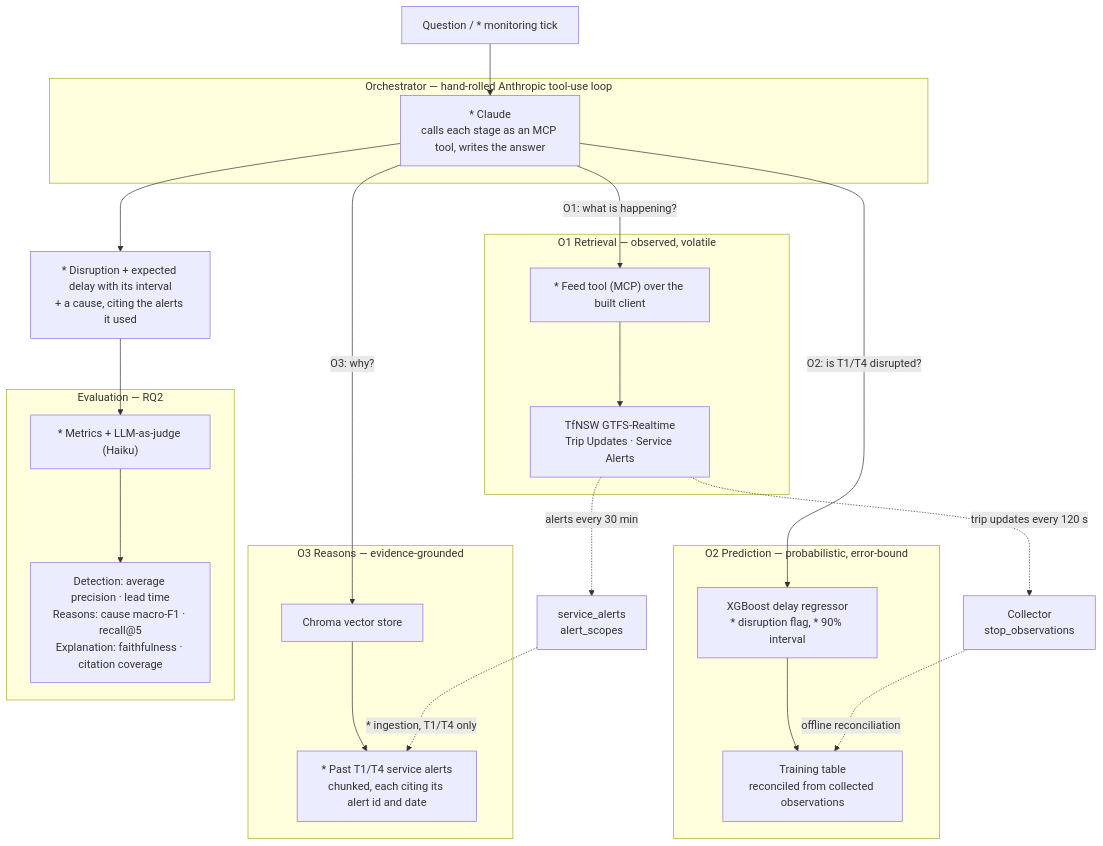
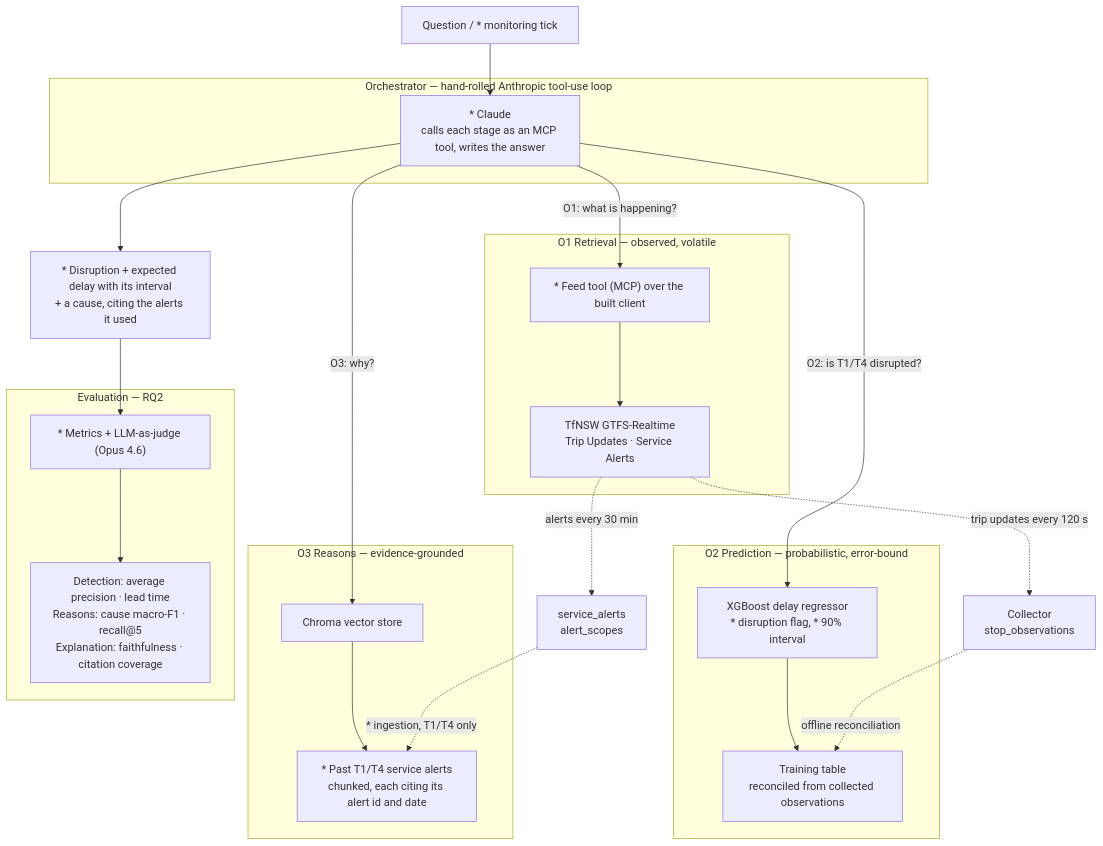
Before and after one commit to ALEXPJ02/faithful-transit-rag: the diagram in docs/01-architecture.md, drawn with Mermaid. The commit also changed 12 other files, not shown here.

````diff
--- a/docs/01-architecture.md
+++ b/docs/01-architecture.md
@@ -16,37 +16,37 @@
 ```mermaid
 flowchart TB
     U["Question / * monitoring tick"] --> AG
 
     subgraph AGENT["Orchestrator — hand-rolled Anthropic tool-use loop"]
         AG["* Claude<br/>calls each stage as an MCP tool, writes the answer"]
     end
 
     AG -->|"O1: what is happening?"| RT
     AG -->|"O2: is T1/T4 disrupted?"| PRED
     AG -->|"O3: why?"| RET
 
     subgraph LIVE["O1 Retrieval — observed, volatile"]
         RT["* Feed tool (MCP) over the built client"] --> TF["TfNSW GTFS-Realtime<br/>Trip Updates · Service Alerts"]
     end
 
     subgraph MODEL["O2 Prediction — probabilistic, error-bound"]
         PRED["XGBoost delay regressor<br/>* disruption flag, * 90% interval"] --> TRAIN["Training table<br/>reconciled from collected observations"]
     end
 
     subgraph STATIC["O3 Reasons — evidence-grounded"]
         RET["Chroma vector store"] --> COR["* Past T1/T4 service alerts<br/>chunked, each citing its alert id and date"]
     end
 
     TF -.->|"trip updates every 120 s"| COLL["Collector<br/>stop_observations"]
     TF -.->|"alerts every 30 min"| ALERTS["service_alerts<br/>alert_scopes"]
     COLL -.->|"offline reconciliation"| TRAIN
     ALERTS -.->|"* ingestion, T1/T4 only"| COR
 
     AG --> ANS["* Disruption + expected delay with its interval<br/>+ a cause, citing the alerts it used"]
     ANS --> EVAL
 
     subgraph HARNESS["Evaluation — RQ2"]
-        EVAL["* Metrics + LLM-as-judge (Haiku)"]
+        EVAL["* Metrics + LLM-as-judge (Opus 4.6)"]
         EVAL --> M["Detection: average precision · lead time<br/>Reasons: cause macro-F1 · recall@5<br/>Explanation: faithfulness · citation coverage"]
     end
 ```
````
